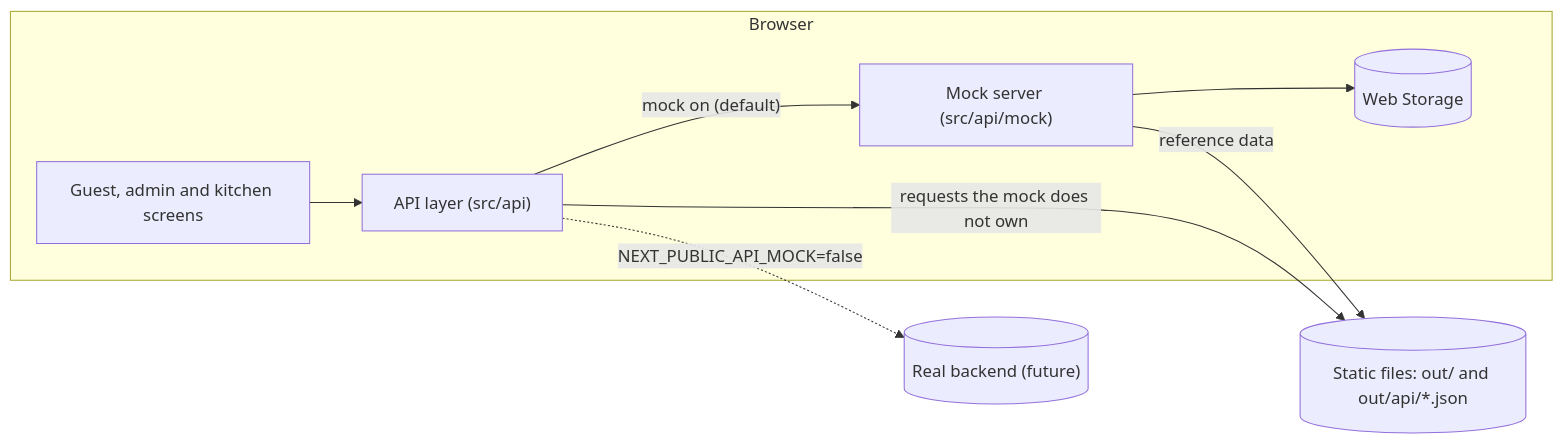
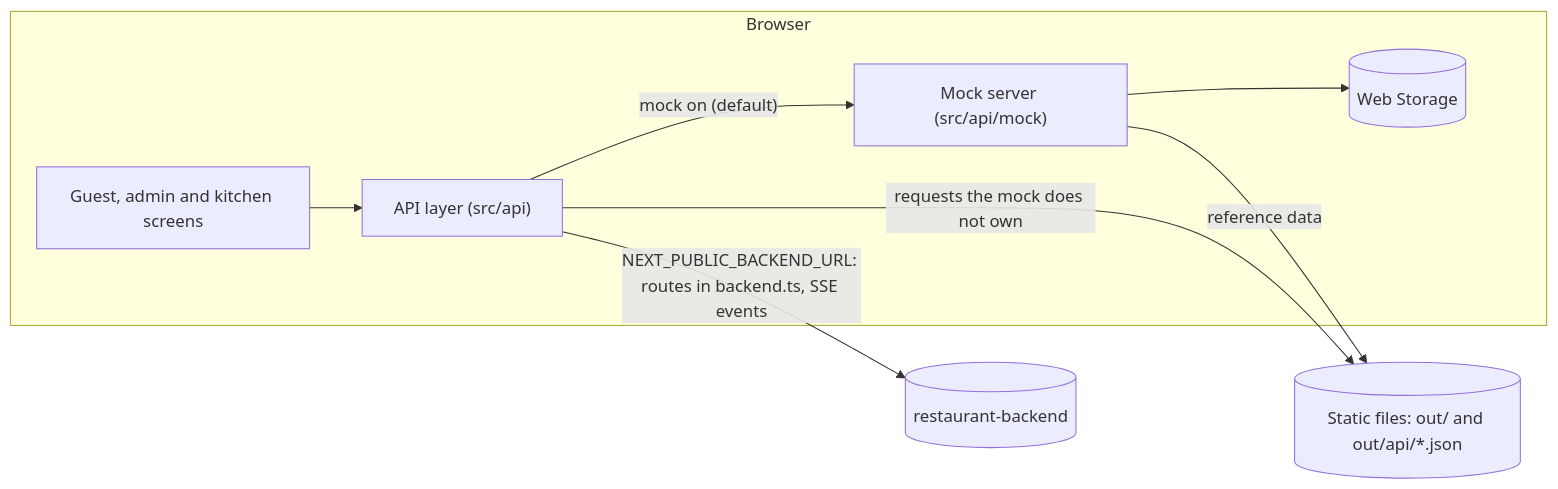
One commit to abhishekshah100/restaurant-order changed the first of 3 diagrams in docs/architecture.md. Above: the diagram before and after it, drawn with Mermaid. The commit also changed other lines of this file and 20 other files, not shown here.

````diff
--- a/docs/architecture.md
+++ b/docs/architecture.md
@@ -37,18 +39,18 @@
 ```mermaid
 flowchart LR
   subgraph Browser
     UI["Guest, admin and kitchen screens"]
     API["API layer (src/api)"]
     MOCK["Mock server (src/api/mock)"]
     WS[("Web Storage")]
   end
   STATIC[("Static files: out/ and out/api/*.json")]
-  BACKEND[("Real backend (future)")]
+  BACKEND[("restaurant-backend")]
 
   UI --> API
   API -- "mock on (default)" --> MOCK
   MOCK --> WS
   MOCK -- "reference data" --> STATIC
   API -- "requests the mock does not own" --> STATIC
-  API -. "NEXT_PUBLIC_API_MOCK=false" .-> BACKEND
+  API -- "NEXT_PUBLIC_BACKEND_URL: routes in backend.ts, SSE events" --> BACKEND
 ```
````
